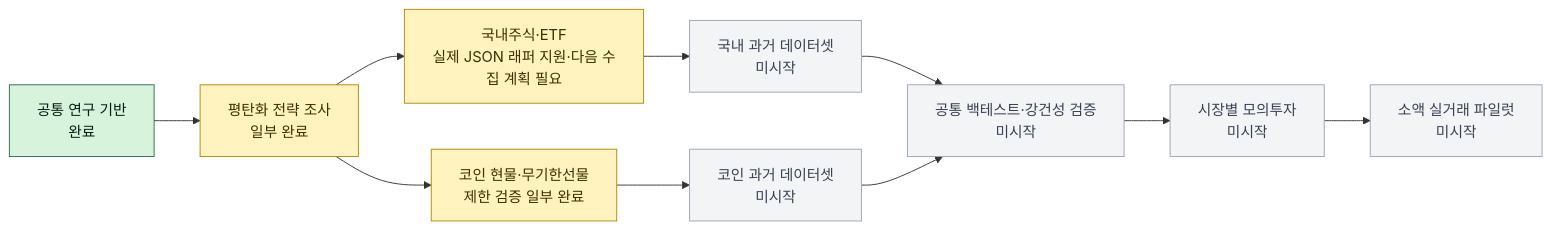
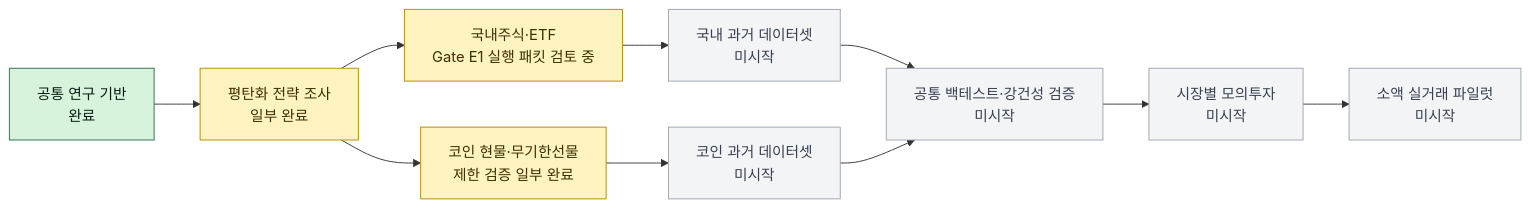
The diagram in README.md (jhg6636/autotrade-lab), drawn with Mermaid before and after one commit. The commit also changed other lines of this file and 6 other files, not shown here.

````diff
--- a/README.md
+++ b/README.md
@@ -18,22 +18,22 @@
 ```mermaid
 flowchart LR
     A["공통 연구 기반<br/>완료"] --> B["평탄화 전략 조사<br/>일부 완료"]
-    B --> K["국내주식·ETF<br/>실제 JSON 래퍼 지원·다음 수집 계획 필요"]
+    B --> K["국내주식·ETF<br/>Gate E1 실행 패킷 검토 중"]
     B --> C["코인 현물·무기한선물<br/>제한 검증 일부 완료"]
     K --> KD["국내 과거 데이터셋<br/>미시작"]
     C --> CD["코인 과거 데이터셋<br/>미시작"]
     KD --> V["공통 백테스트·강건성 검증<br/>미시작"]
     CD --> V
     V --> P["시장별 모의투자<br/>미시작"]
     P --> L["소액 실거래 파일럿<br/>미시작"]
 
     classDef done fill:#d8f3dc,stroke:#2d6a4f,color:#081c15;
     classDef partial fill:#fff3bf,stroke:#b08900,color:#3d2f00;
     classDef current fill:#dbeafe,stroke:#2563eb,color:#172554,stroke-width:3px;
     classDef future fill:#f3f4f6,stroke:#9ca3af,color:#374151;
     class A done;
     class B partial;
     class C partial;
     class K partial;
     class KD,CD,V,P,L future;
 ```
````
